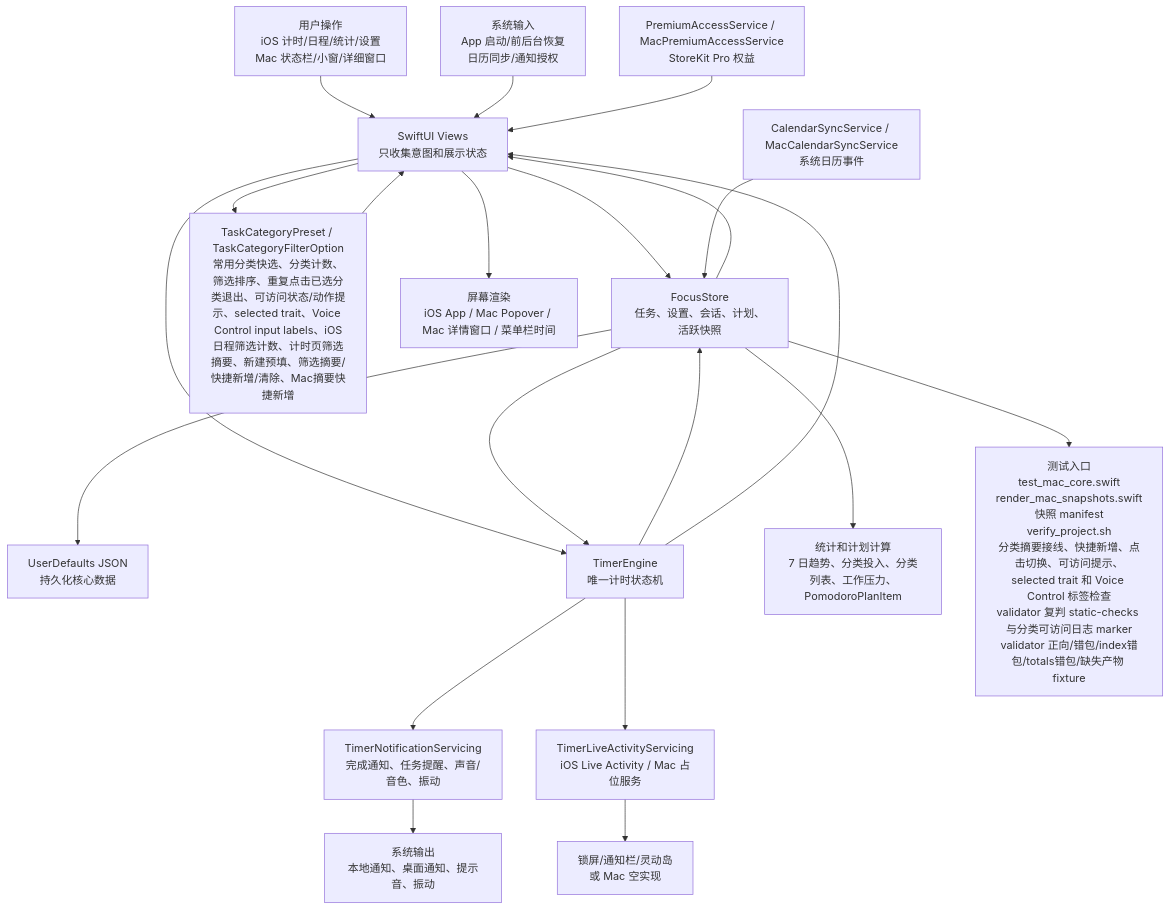
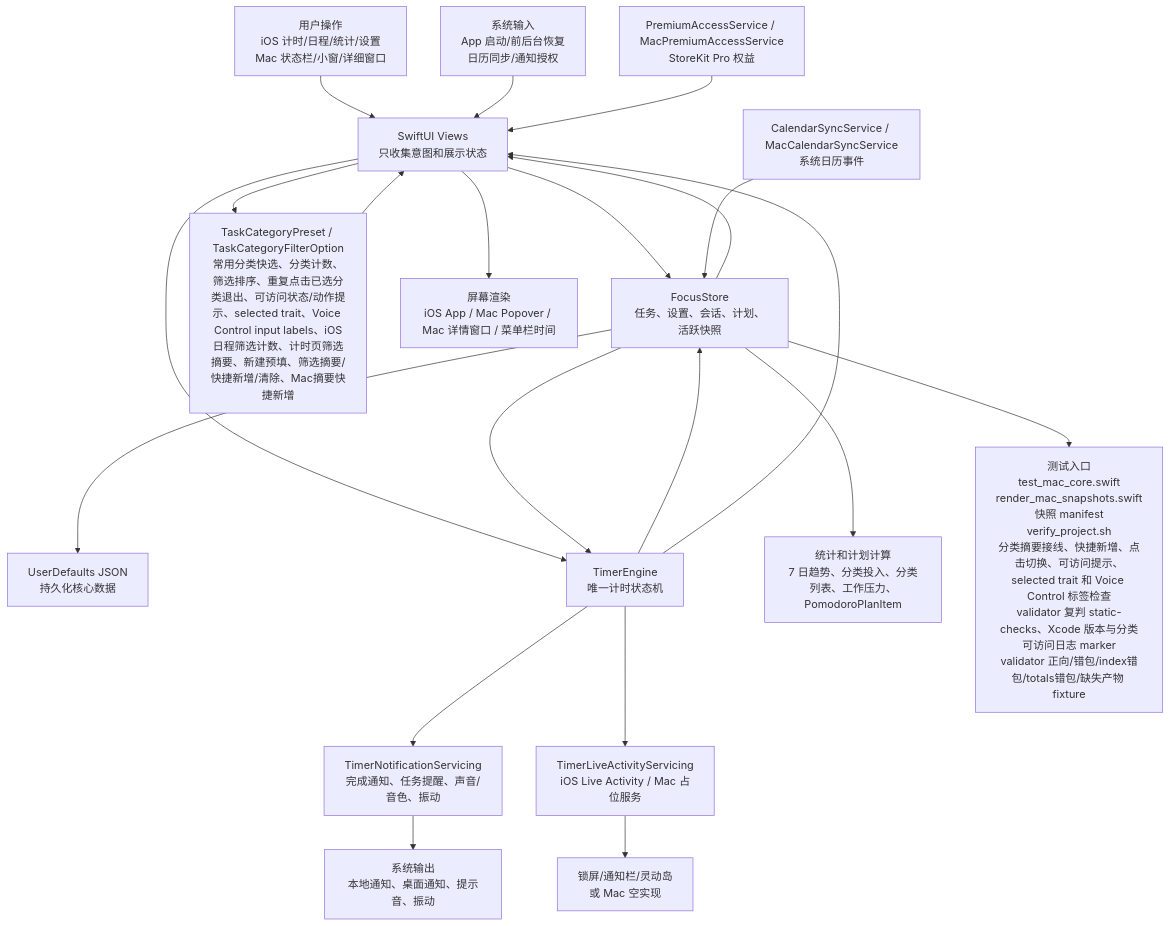
One commit to Altman-sam114/114 changed the first of 6 diagrams in md/flow/flowchart.md. Above: the diagram before and after it, drawn with Mermaid. The commit also changed other lines of this file and 7 other files, not shown here.

````diff
--- a/md/flow/flowchart.md
+++ b/md/flow/flowchart.md
@@ -9,23 +9,23 @@
 ```mermaid
 flowchart TD
   U["用户操作<br/>iOS 计时/日程/统计/设置<br/>Mac 状态栏/小窗/详细窗口"] --> V["SwiftUI Views<br/>只收集意图和展示状态"]
   SYS["系统输入<br/>App 启动/前后台恢复<br/>日历同步/通知授权"] --> V
   V --> S["FocusStore<br/>任务、设置、会话、计划、活跃快照"]
   V --> CAT["TaskCategoryPreset / TaskCategoryFilterOption<br/>常用分类快选、分类计数、筛选排序、重复点击已选分类退出、可访问状态/动作提示、selected trait、Voice Control input labels、iOS日程筛选计数、计时页筛选摘要、新建预填、筛选摘要/快捷新增/清除、Mac摘要快捷新增"]
   CAT --> V
   S --> P["UserDefaults JSON<br/>持久化核心数据"]
   V --> E["TimerEngine<br/>唯一计时状态机"]
   S --> E
   E --> S
   E --> N["TimerNotificationServicing<br/>完成通知、任务提醒、声音/音色、振动"]
   E --> L["TimerLiveActivityServicing<br/>iOS Live Activity / Mac 占位服务"]
   S --> C["统计和计划计算<br/>7 日趋势、分类投入、分类列表、工作压力、PomodoroPlanItem"]
   CAL["CalendarSyncService / MacCalendarSyncService<br/>系统日历事件"] --> S
   PRO["PremiumAccessService / MacPremiumAccessService<br/>StoreKit Pro 权益"] --> V
   S --> V
   E --> V
   V --> OUT["屏幕渲染<br/>iOS App / Mac Popover / Mac 详情窗口 / 菜单栏时间"]
   N --> OUT2["系统输出<br/>本地通知、桌面通知、提示音、振动"]
   L --> OUT3["锁屏/通知栏/灵动岛<br/>或 Mac 空实现"]
-  S --> T["测试入口<br/>test_mac_core.swift<br/>render_mac_snapshots.swift<br/>快照 manifest<br/>verify_project.sh<br/>分类摘要接线、快捷新增、点击切换、可访问提示、selected trait 和 Voice Control 标签检查<br/>validator 复判 static-checks 与分类可访问日志 marker<br/>validator 正向/错包/index错包/totals错包/缺失产物 fixture"]
+  S --> T["测试入口<br/>test_mac_core.swift<br/>render_mac_snapshots.swift<br/>快照 manifest<br/>verify_project.sh<br/>分类摘要接线、快捷新增、点击切换、可访问提示、selected trait 和 Voice Control 标签检查<br/>validator 复判 static-checks、Xcode 版本与分类可访问日志 marker<br/>validator 正向/错包/index错包/totals错包/缺失产物 fixture"]
 ```
````
